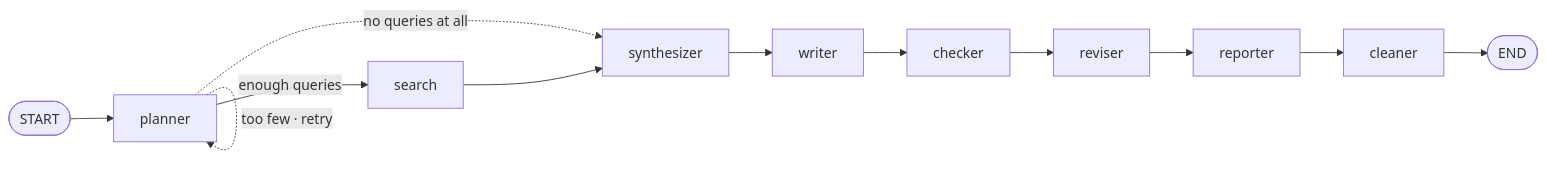
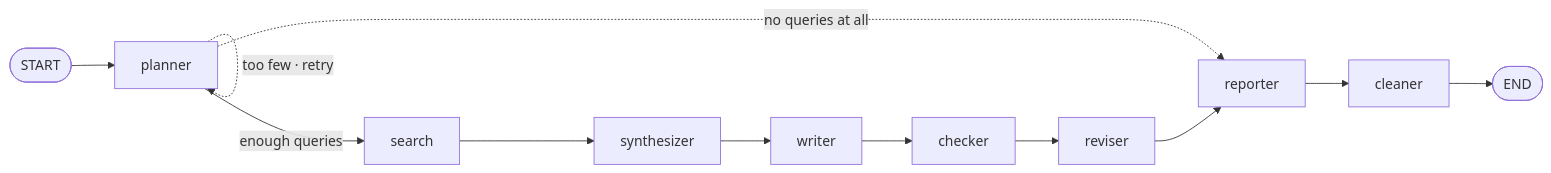
Before and after one commit to rocknroll17/langgraph_news_agent: the diagram in README.md, drawn with Mermaid. The commit also changed 4 other files, not shown here.

````diff
--- a/README.md
+++ b/README.md
@@ -48,14 +48,14 @@
 ```mermaid
 flowchart LR
     ST([START]) --> P[planner]
     P -->|enough queries| S[search]
     P -.->|too few · retry| P
-    P -.->|no queries at all| SY
+    P -.->|no queries at all| RP
     S --> SY[synthesizer]
     SY --> W[writer]
     W --> C[checker]
     C --> R[reviser]
     R --> RP[reporter]
     RP --> CL[cleaner]
     CL --> E([END])
 ```
````
